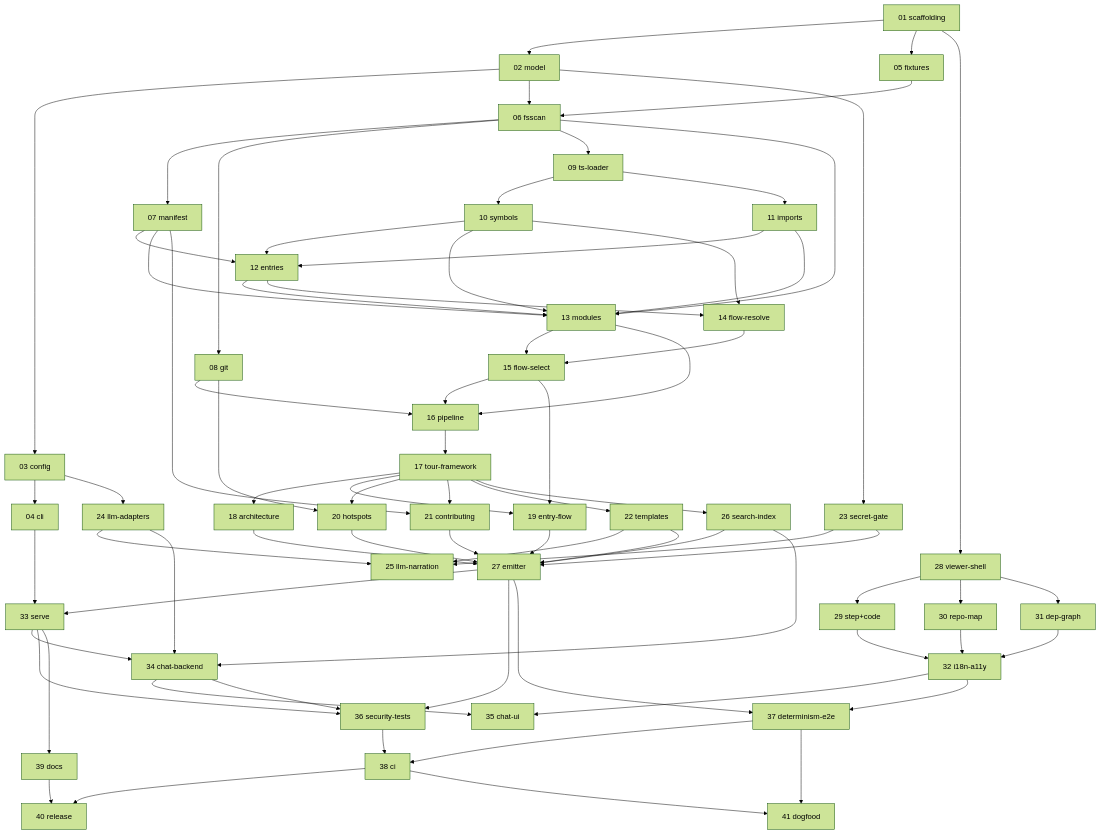
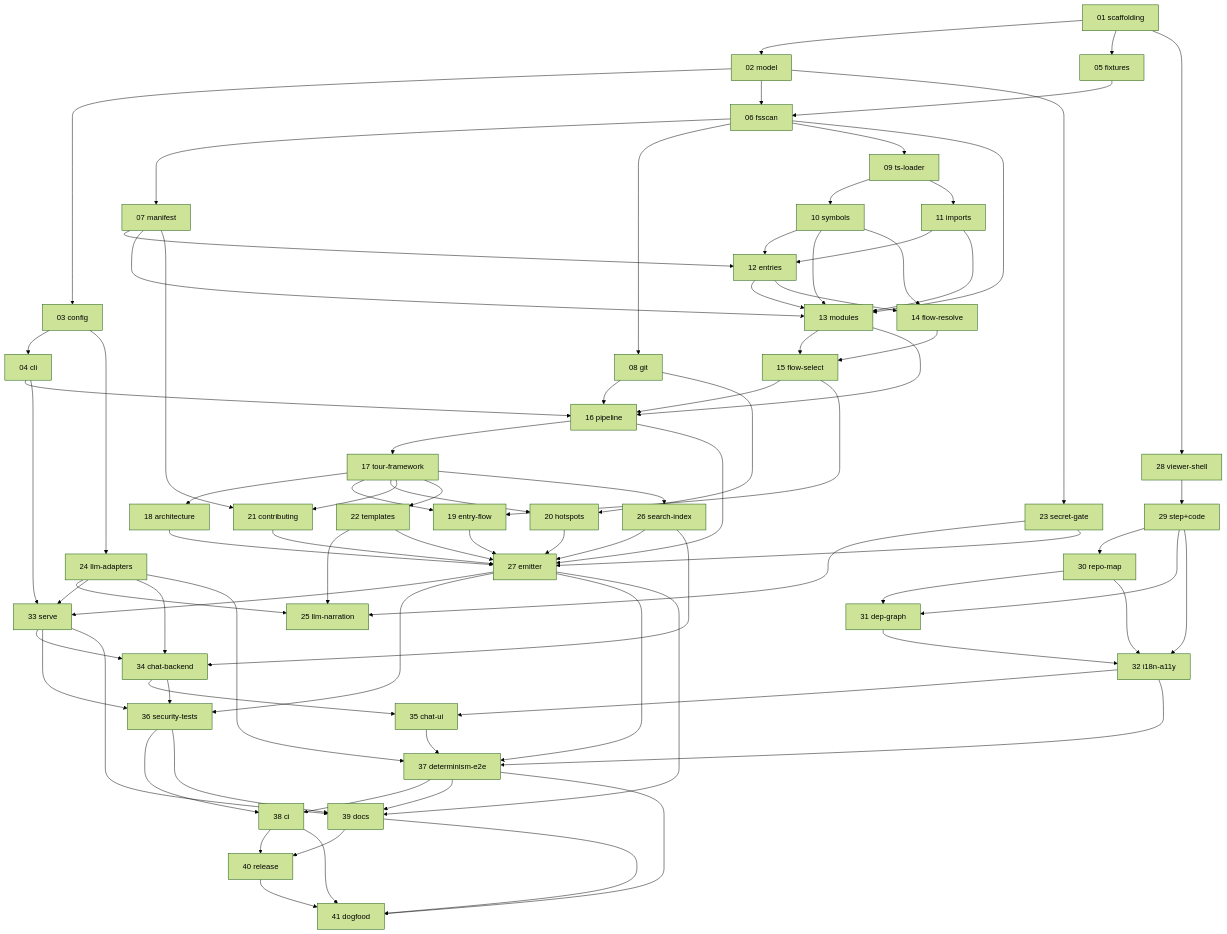
One commit to Saber5656/onboard changed the diagram in docs/ISSUE_PLAN.md. Above: the diagram before and after it, drawn with Mermaid (forest theme). The commit also changed other lines of this file and 17 other files, not shown here.

````diff
--- a/docs/ISSUE_PLAN.md
+++ b/docs/ISSUE_PLAN.md
@@ -67,34 +71,34 @@
 ```mermaid
 flowchart TD
     I01[01 scaffolding] --> I02[02 model] --> I03[03 config] --> I04[04 cli]
     I01 --> I05[05 fixtures]
     I02 --> I06[06 fsscan]; I05 --> I06
     I06 --> I07[07 manifest]; I06 --> I08[08 git]; I06 --> I09[09 ts-loader]
     I09 --> I10[10 symbols]; I09 --> I11[11 imports]
     I07 --> I12[12 entries]; I10 --> I12; I11 --> I12
     I06 --> I13[13 modules]; I07 --> I13; I10 --> I13; I11 --> I13; I12 --> I13
     I10 --> I14[14 flow-resolve]; I12 --> I14; I14 --> I15[15 flow-select]; I13 --> I15
-    I13 --> I16[16 pipeline]; I15 --> I16; I08 --> I16
+    I13 --> I16[16 pipeline]; I15 --> I16; I08 --> I16; I04 --> I16
     I16 --> I17[17 tour-framework]
     I17 --> I18[18 architecture]; I17 --> I19[19 entry-flow]; I15 --> I19
     I17 --> I20[20 hotspots]; I08 --> I20
     I17 --> I21[21 contributing]; I07 --> I21
     I17 --> I22[22 templates]
     I02 --> I23[23 secret-gate]
     I03 --> I24[24 llm-adapters]
     I22 --> I25[25 llm-narration]; I23 --> I25; I24 --> I25
     I17 --> I26[26 search-index]
-    I18 --> I27[27 emitter]; I19 --> I27; I20 --> I27; I21 --> I27; I22 --> I27; I23 --> I27; I26 --> I27
+    I16 --> I27[27 emitter]; I18 --> I27; I19 --> I27; I20 --> I27; I21 --> I27; I22 --> I27; I23 --> I27; I26 --> I27
     I01 --> I28[28 viewer-shell] --> I29[29 step+code]
-    I28 --> I30[30 repo-map]; I28 --> I31[31 dep-graph]
+    I29 --> I30[30 repo-map]; I29 --> I31[31 dep-graph]; I30 --> I31
     I29 --> I32[32 i18n-a11y]; I30 --> I32; I31 --> I32
-    I04 --> I33[33 serve]; I27 --> I33
+    I04 --> I33[33 serve]; I24 --> I33; I27 --> I33
     I24 --> I34[34 chat-backend]; I26 --> I34; I33 --> I34
     I32 --> I35[35 chat-ui]; I34 --> I35
     I27 --> I36[36 security-tests]; I33 --> I36; I34 --> I36
-    I27 --> I37[37 determinism-e2e]; I32 --> I37
+    I27 --> I37[37 determinism-e2e]; I32 --> I37; I35 --> I37; I24 --> I37
     I36 --> I38[38 ci]; I37 --> I38
-    I33 --> I39[39 docs]
+    I33 --> I39[39 docs]; I27 --> I39; I36 --> I39; I37 --> I39
     I38 --> I40[40 release]; I39 --> I40
-    I37 --> I41[41 dogfood]; I38 --> I41
+    I37 --> I41[41 dogfood]; I38 --> I41; I39 --> I41; I40 --> I41
 ```
````
